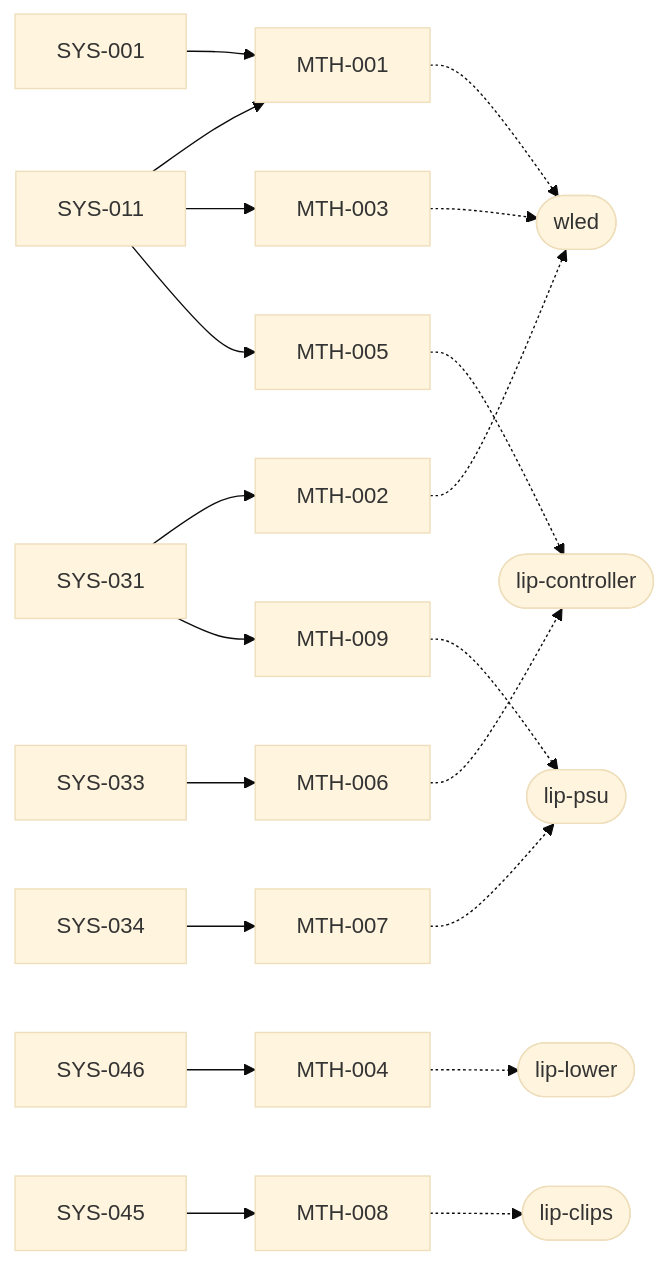
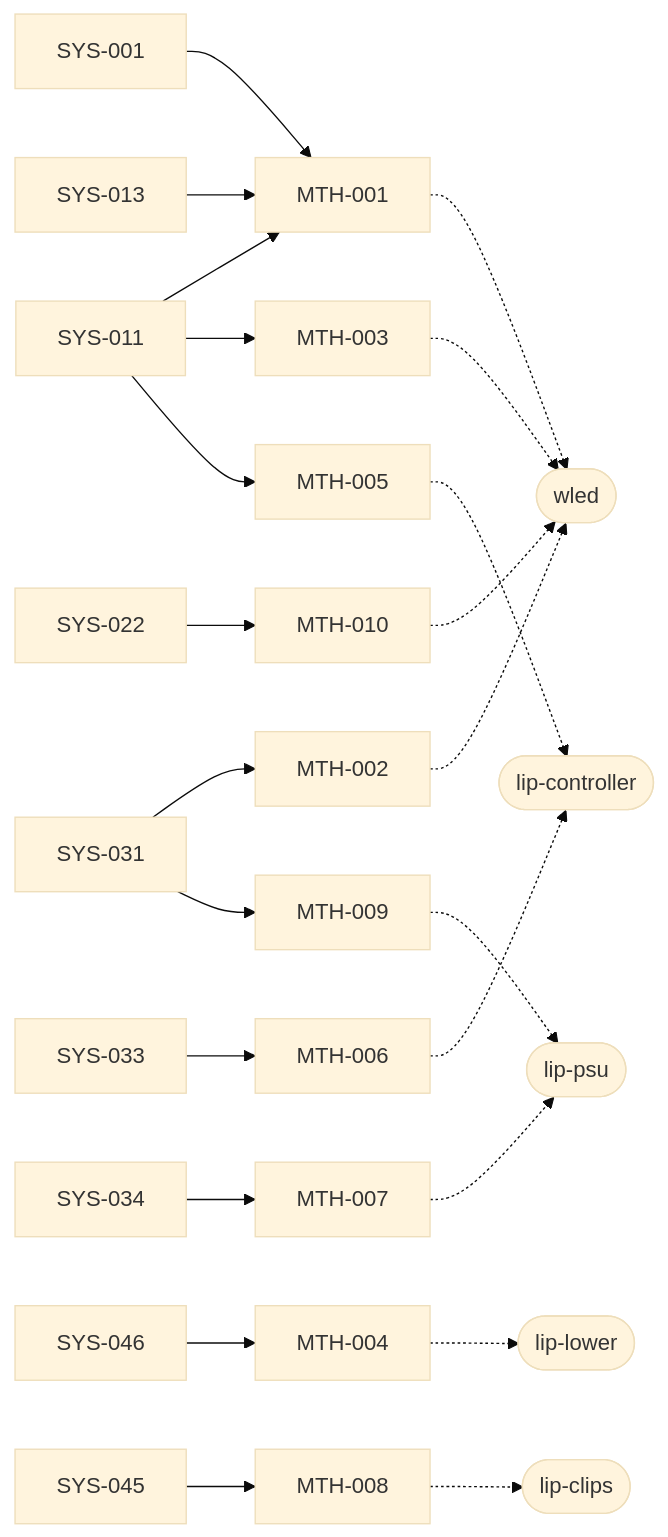
One commit to goatsnboats/monster-house changed the fourth of 10 diagrams in docs/requirements/trace.md. Above: the diagram before and after it, drawn with Mermaid (base theme). The commit also changed other lines of this file and 14 other files, not shown here.

````diff
--- a/docs/requirements/trace.md
+++ b/docs/requirements/trace.md
@@ -493,22 +530,25 @@
 ```mermaid
 flowchart LR
   SYS_001[SYS-001] --> MTH_001[MTH-001]
   SYS_011[SYS-011] --> MTH_001[MTH-001]
+  SYS_013[SYS-013] --> MTH_001[MTH-001]
   MTH_001 -.-> c_wled([wled])
   SYS_031[SYS-031] --> MTH_002[MTH-002]
   MTH_002 -.-> c_wled([wled])
   SYS_011[SYS-011] --> MTH_003[MTH-003]
   MTH_003 -.-> c_wled([wled])
   SYS_046[SYS-046] --> MTH_004[MTH-004]
   MTH_004 -.-> c_lip_lower([lip-lower])
   SYS_011[SYS-011] --> MTH_005[MTH-005]
   MTH_005 -.-> c_lip_controller([lip-controller])
   SYS_033[SYS-033] --> MTH_006[MTH-006]
   MTH_006 -.-> c_lip_controller([lip-controller])
   SYS_034[SYS-034] --> MTH_007[MTH-007]
   MTH_007 -.-> c_lip_psu([lip-psu])
   SYS_045[SYS-045] --> MTH_008[MTH-008]
   MTH_008 -.-> c_lip_clips([lip-clips])
   SYS_031[SYS-031] --> MTH_009[MTH-009]
   MTH_009 -.-> c_lip_psu([lip-psu])
+  SYS_022[SYS-022] --> MTH_010[MTH-010]
+  MTH_010 -.-> c_wled([wled])
 ```
````
